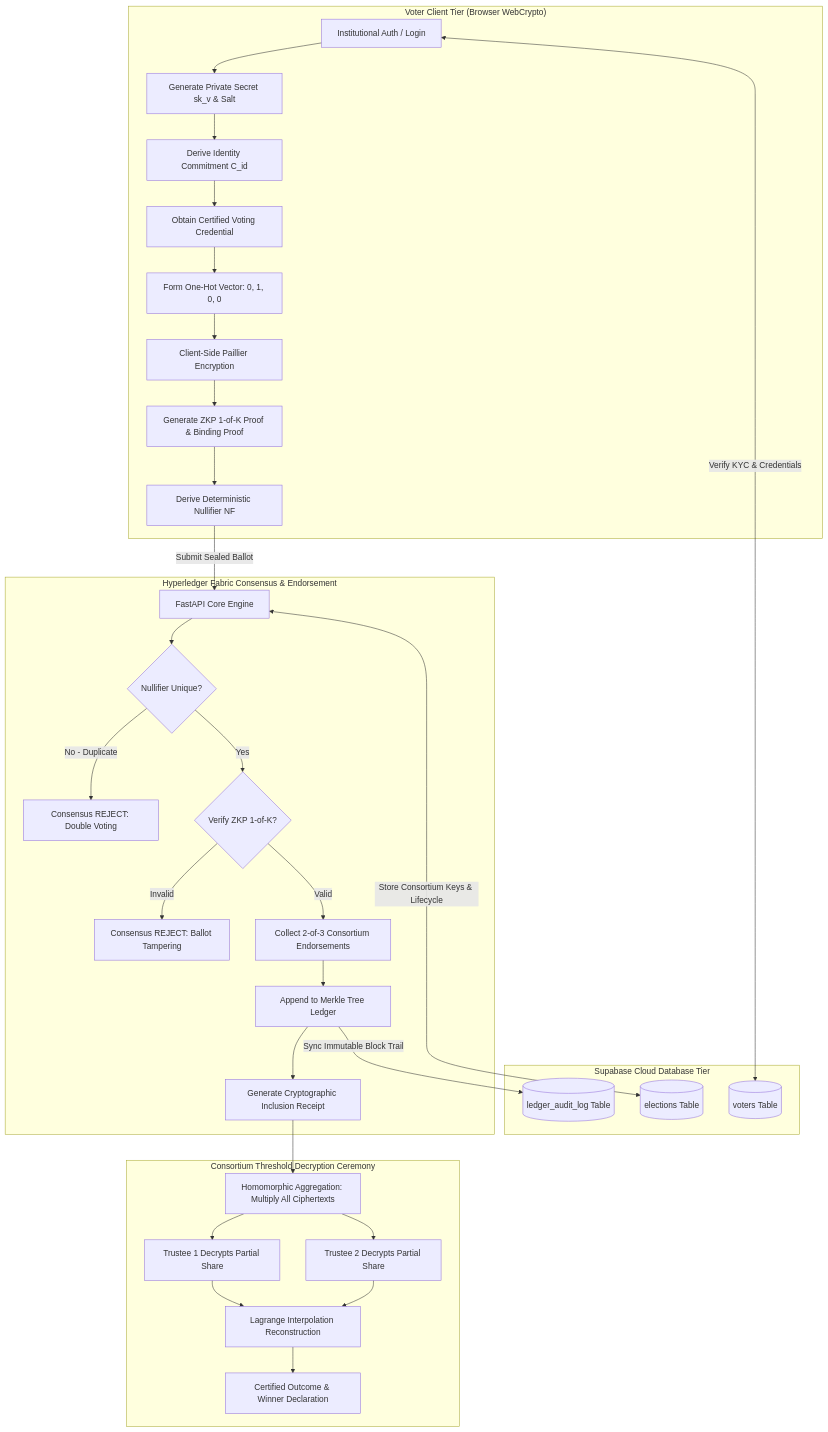
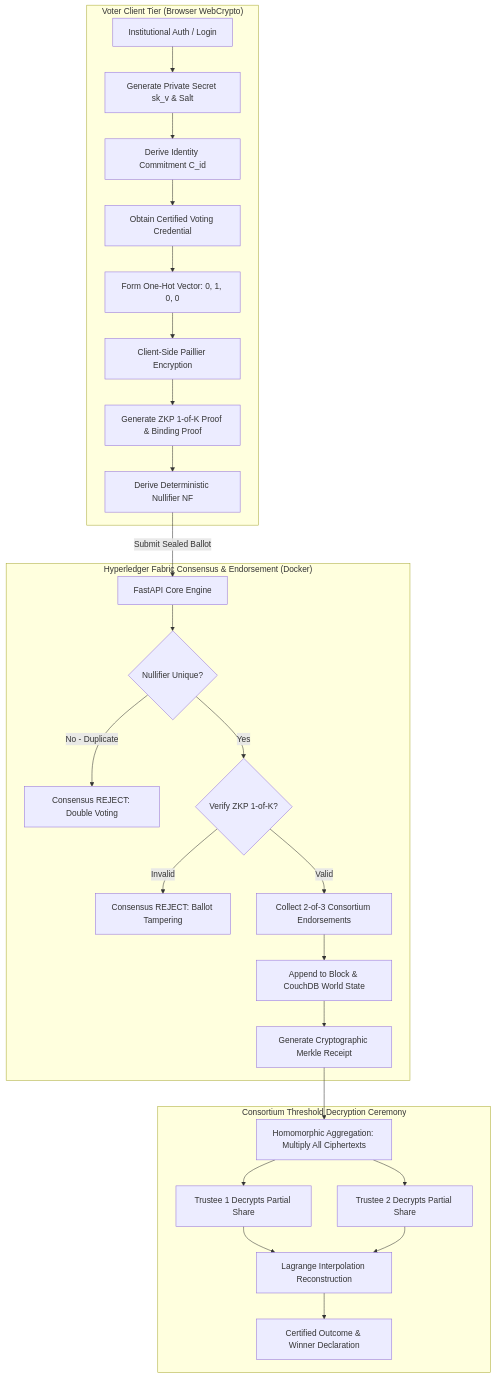
One commit to Poornachandra-dh/Blockchain-voting- changed the diagram in README.md. Above: the diagram before and after it, drawn with Mermaid. The commit also changed other lines of this file and 1 other file, not shown here.

````diff
--- a/README.md
+++ b/README.md
@@ -42,37 +42,31 @@
 ```mermaid
 flowchart TD
     subgraph Client["Voter Client Tier (Browser WebCrypto)"]
         A[Institutional Auth / Login] --> B[Generate Private Secret sk_v & Salt]
         B --> C[Derive Identity Commitment C_id]
         C --> D[Obtain Certified Voting Credential]
         D --> E[Form One-Hot Vector: 0, 1, 0, 0]
         E --> F[Client-Side Paillier Encryption]
         F --> G[Generate ZKP 1-of-K Proof & Binding Proof]
         G --> H[Derive Deterministic Nullifier NF]
     end
 
-    subgraph Consortium["Hyperledger Fabric Consensus & Endorsement"]
+    subgraph Consortium["Hyperledger Fabric Consensus & Endorsement (Docker)"]
         H -->|Submit Sealed Ballot| I[FastAPI Core Engine]
         I --> J{Nullifier Unique?}
         J -->|No - Duplicate| K[Consensus REJECT: Double Voting]
         J -->|Yes| L{Verify ZKP 1-of-K?}
         L -->|Invalid| M[Consensus REJECT: Ballot Tampering]
         L -->|Valid| N[Collect 2-of-3 Consortium Endorsements]
-        N --> O[Append to Merkle Tree Ledger]
-        O --> P[Generate Cryptographic Inclusion Receipt]
-    end
-
-    subgraph CloudDB["Supabase Cloud Database Tier"]
-        A <-->|Verify KYC & Credentials| Q[(voters Table)]
-        O -->|Sync Immutable Block Trail| R[(ledger_audit_log Table)]
-        I <-->|Store Consortium Keys & Lifecycle| S[(elections Table)]
+        N --> O[Append to Block & CouchDB World State]
+        O --> P[Generate Cryptographic Merkle Receipt]
     end
 
     subgraph Tally["Consortium Threshold Decryption Ceremony"]
-        P --> T[Homomorphic Aggregation: Multiply All Ciphertexts]
-        T --> U[Trustee 1 Decrypts Partial Share]
-        T --> V[Trustee 2 Decrypts Partial Share]
-        U & V --> W[Lagrange Interpolation Reconstruction]
-        W --> X[Certified Outcome & Winner Declaration]
+        P --> Q[Homomorphic Aggregation: Multiply All Ciphertexts]
+        Q --> R[Trustee 1 Decrypts Partial Share]
+        Q --> S[Trustee 2 Decrypts Partial Share]
+        R & S --> T[Lagrange Interpolation Reconstruction]
+        T --> U[Certified Outcome & Winner Declaration]
     end
 ```
````
